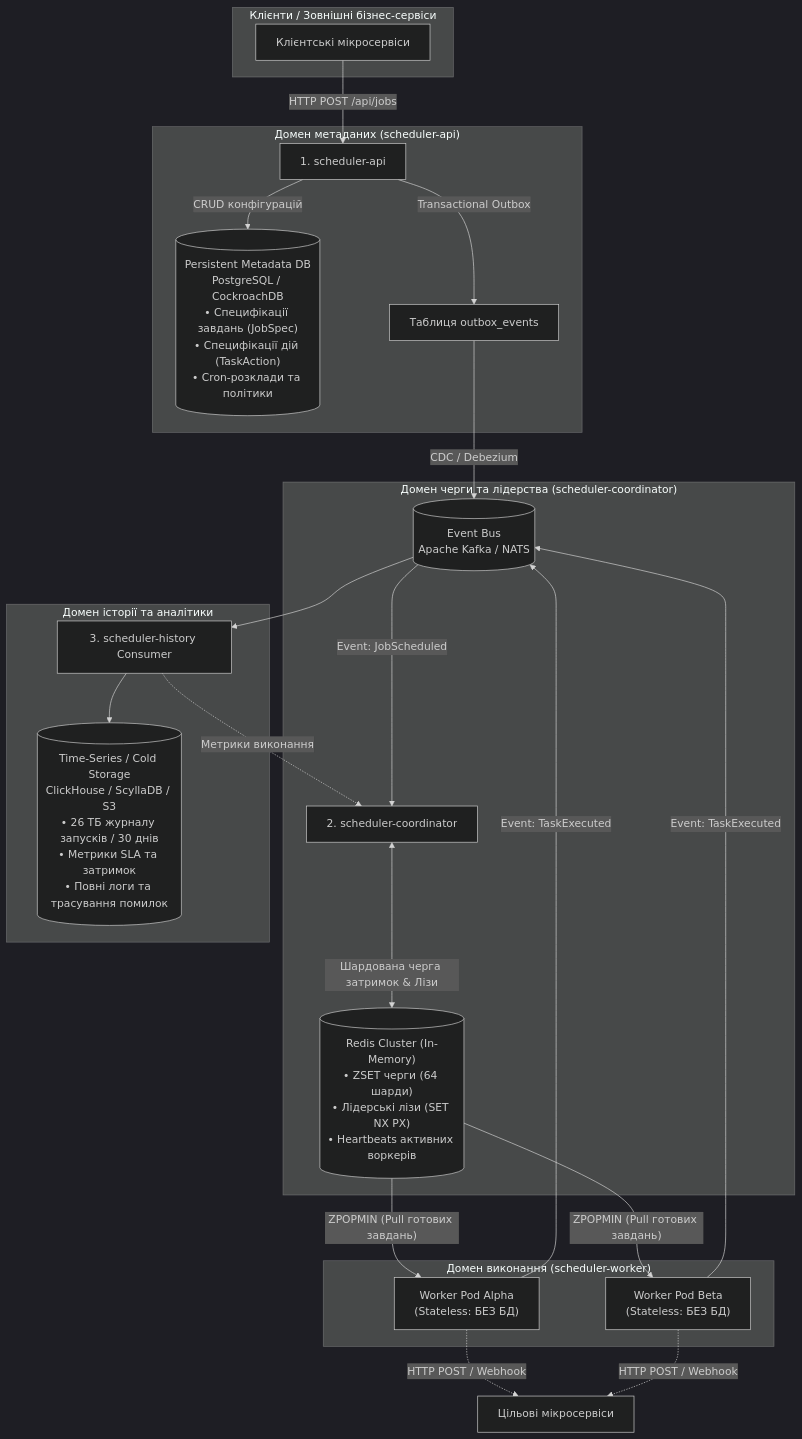
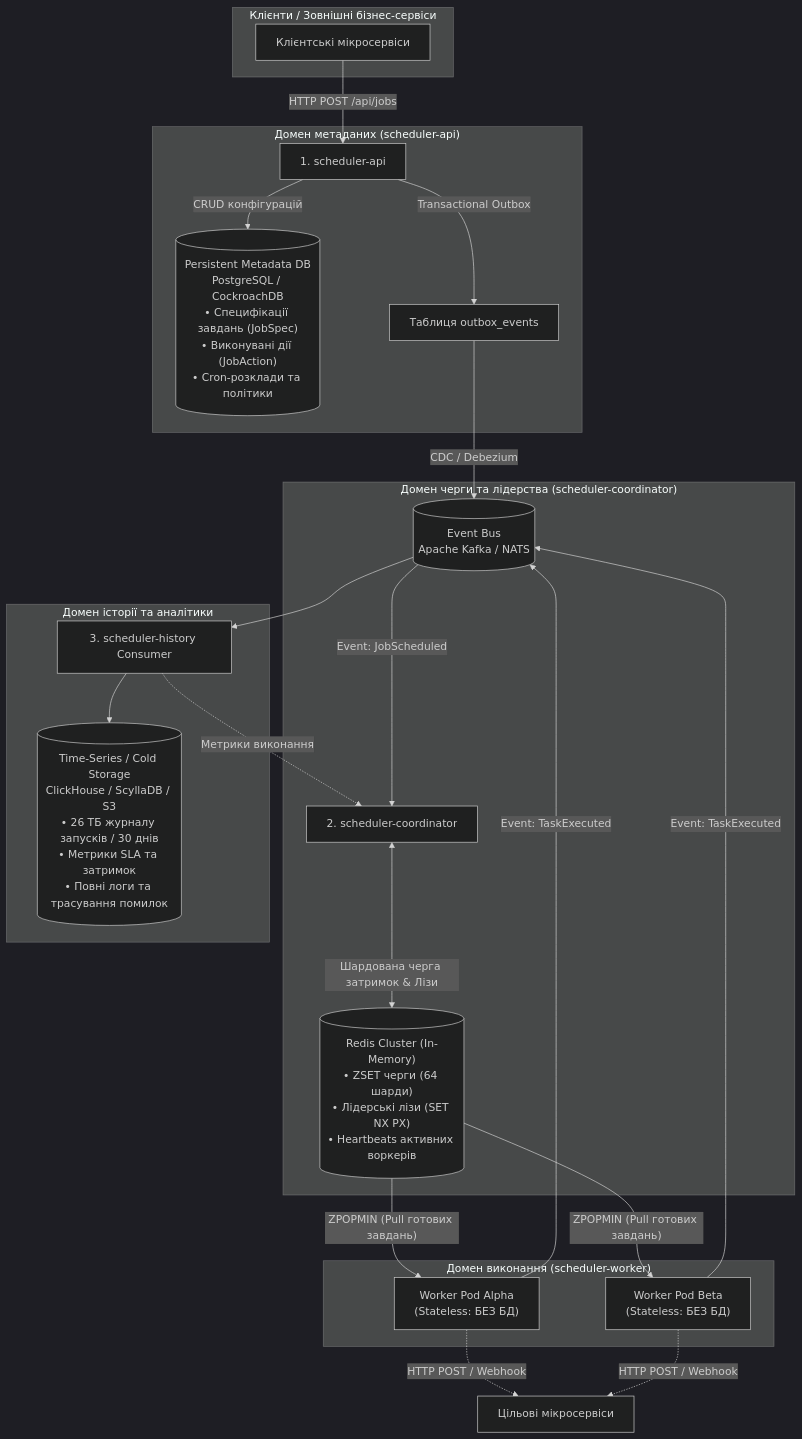
The fourth of 4 diagrams in README.md (tarashor/job-scheduler), drawn with Mermaid (dark theme) before and after one commit. The commit also changed other lines of this file and 3 other files, not shown here.

Commit message:
refactor(model): remove obsolete TaskSpec and simplify JobSpec to pure atomic job model

````diff
--- a/README.md
+++ b/README.md
@@ -322,38 +322,38 @@
 ```mermaid
 flowchart TD
     subgraph ClientLayer ["Клієнти / Зовнішні бізнес-сервіси"]
         Client["Клієнтські мікросервіси"]
     end
 
     Client -->|"HTTP POST /api/jobs"| API["1. scheduler-api"]
 
     subgraph APIDomain ["Домен метаданих (scheduler-api)"]
-        API -->|"CRUD конфігурацій"| APIDB[("Persistent Metadata DB<br/>PostgreSQL / CockroachDB<br/>• Специфікації завдань (JobSpec)<br/>• Специфікації дій (TaskAction)<br/>• Cron-розклади та політики")]
+        API -->|"CRUD конфігурацій"| APIDB[("Persistent Metadata DB<br/>PostgreSQL / CockroachDB<br/>• Специфікації завдань (JobSpec)<br/>• Виконувані дії (JobAction)<br/>• Cron-розклади та політики")]
         API -->|"Transactional Outbox"| OutboxTable["Таблиця outbox_events"]
     end
 
     OutboxTable -->|"CDC / Debezium"| EventBus[("Event Bus<br/>Apache Kafka / NATS")]
 
     subgraph CoordDomain ["Домен черги та лідерства (scheduler-coordinator)"]
         EventBus -->|"Event: JobScheduled"| Coord["2. scheduler-coordinator"]
         Coord <-->|"Шардована черга затримок & Лізи"| RedisCluster[("Redis Cluster (In-Memory)<br/>• ZSET черги (64 шарди)<br/>• Лідерські лізи (SET NX PX)<br/>• Heartbeats активних воркерів")]
     end
 
     subgraph WorkerPoolDomain ["Домен виконання (scheduler-worker)"]
         RedisCluster -->|"ZPOPMIN (Pull готових завдань)"| W1["Worker Pod Alpha<br/>(Stateless: БЕЗ БД)"]
         RedisCluster -->|"ZPOPMIN (Pull готових завдань)"| W2["Worker Pod Beta<br/>(Stateless: БЕЗ БД)"]
     end
 
     W1 -.->|"HTTP POST / Webhook"| Target["Цільові мікросервіси"]
     W2 -.->|"HTTP POST / Webhook"| Target
 
     W1 -->|"Event: TaskExecuted"| EventBus
     W2 -->|"Event: TaskExecuted"| EventBus
 
     subgraph AuditDomain ["Домен історії та аналітики"]
         EventBus --> HistorySvc["3. scheduler-history Consumer"]
         HistorySvc --> AnalyticsDB[("Time-Series / Cold Storage<br/>ClickHouse / ScyllaDB / S3<br/>• 26 ТБ журналу запусків / 30 днів<br/>• Метрики SLA та затримок<br/>• Повні логи та трасування помилок")]
     end
 
     HistorySvc -.->|"Метрики виконання"| Coord
 ```
````
